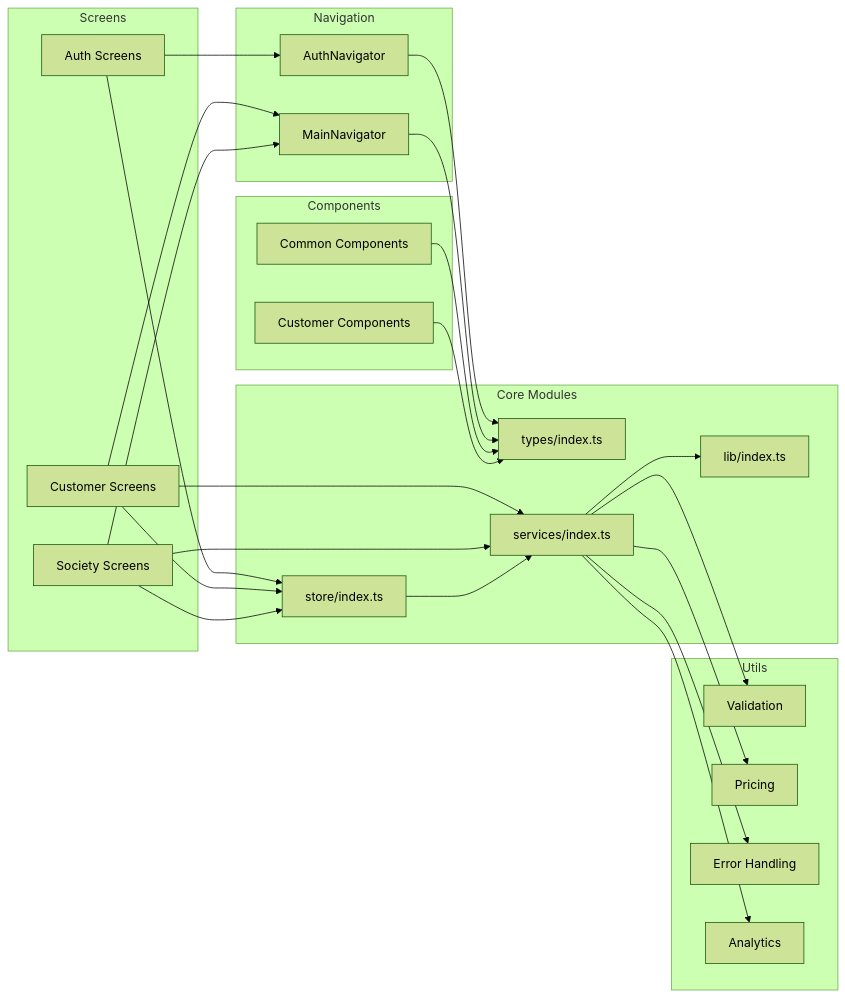
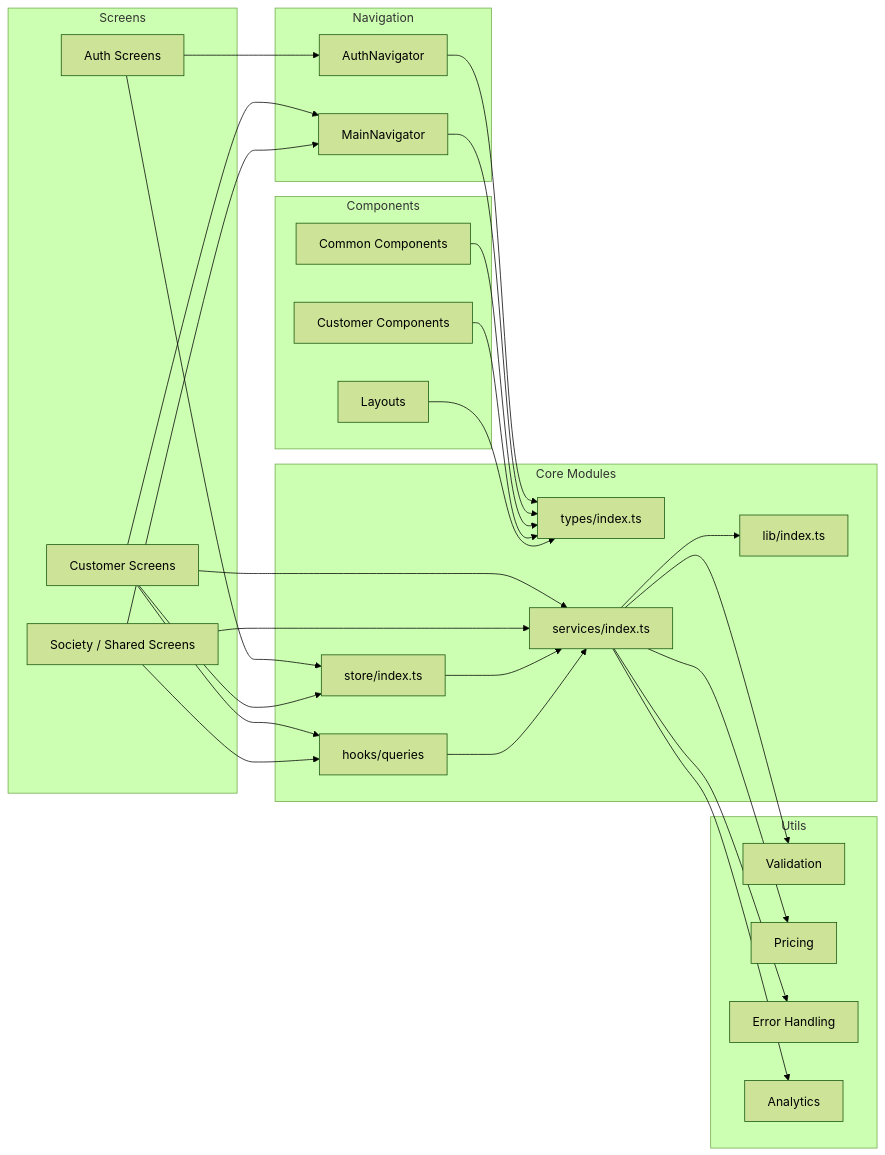
Before and after one commit to ShubhamRRana/water-customer-app: the fifth of 5 diagrams in README.md, drawn with Mermaid (forest theme). The commit also changed other lines of this file, not shown here.

````diff
--- a/README.md
+++ b/README.md
@@ -409,56 +419,61 @@
 ```mermaid
 graph LR
     subgraph "Core Modules"
         A[types/index.ts]
         B[lib/index.ts]
         C[store/index.ts]
         D[services/index.ts]
+        H[hooks/queries]
     end
     
     subgraph "Navigation"
         E[AuthNavigator]
         F[MainNavigator]
     end
     
     subgraph "Screens"
         I[Auth Screens]
         J[Customer Screens]
-        K[Society Screens]
+        K[Society / Shared Screens]
     end
     
     subgraph "Components"
         M[Common Components]
         N[Customer Components]
+        L[Layouts]
     end
     
     subgraph "Utils"
         Q[Validation]
         R[Pricing]
         S[Error Handling]
         T[Analytics]
     end
     
     I --> E
     J --> F
     K --> F
     
     E --> A
     F --> A
     
     I --> C
     J --> C
-    K --> C
+    J --> H
+    K --> H
     
     J --> D
     K --> D
     
     M --> A
     N --> A
+    L --> A
     
     D --> B
     C --> D
+    H --> D
     D --> Q
     D --> R
     D --> S
     D --> T
 ```
````
